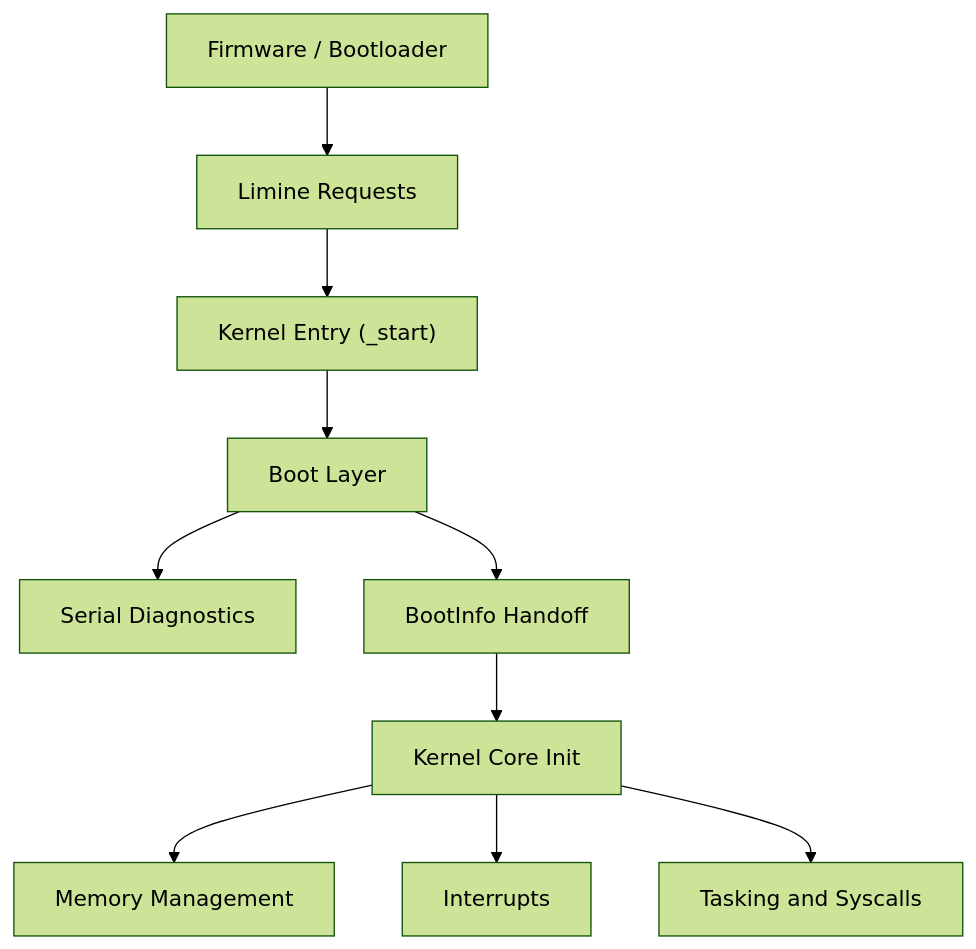
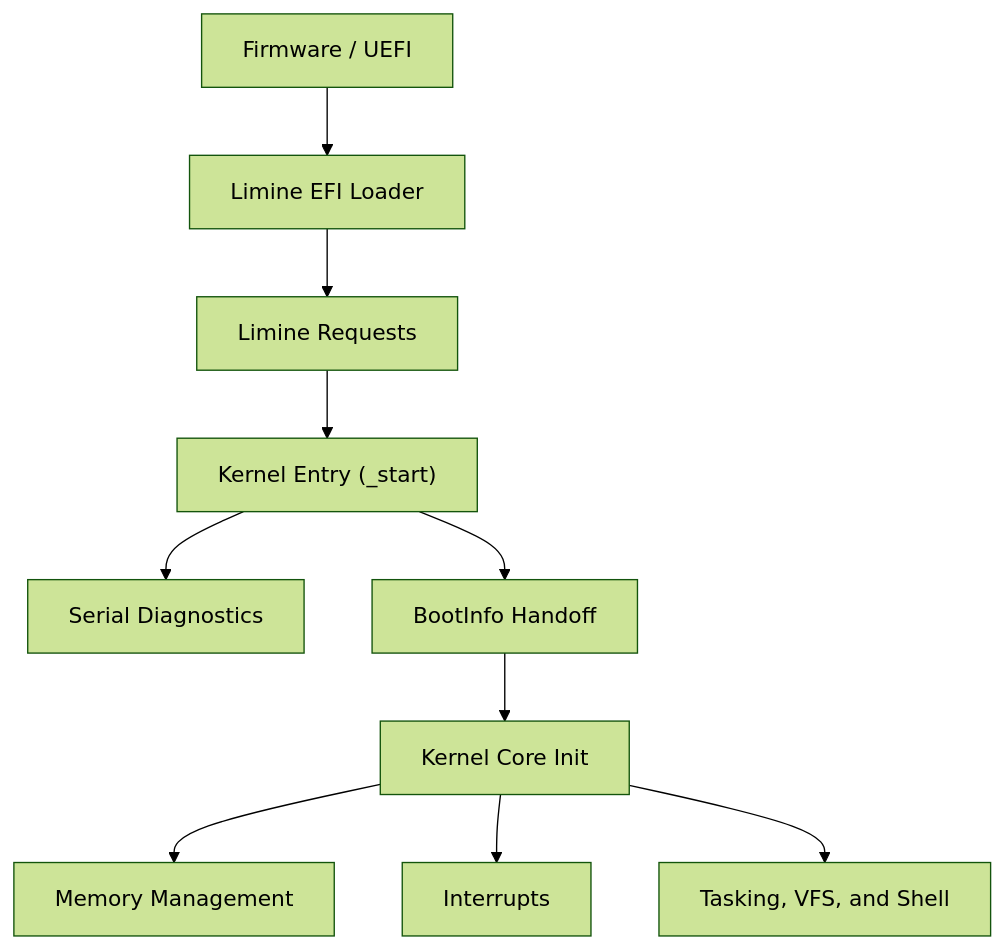
The diagram in README.md (JoaoVictorAAbreu-Dev/Projeto_AetherOS), drawn with Mermaid (forest theme) before and after one commit. The commit also changed other lines of this file and 28 other files, not shown here.

````diff
--- a/README.md
+++ b/README.md
@@ -73,12 +74,12 @@
 ```mermaid
 flowchart TD
-    A["Firmware / Bootloader"] --> B["Limine Requests"]
-    B --> C["Kernel Entry (_start)"]
-    C --> D["Boot Layer"]
+    A["Firmware / UEFI"] --> B["Limine EFI Loader"]
+    B --> C["Limine Requests"]
+    C --> D["Kernel Entry (_start)"]
     D --> E["Serial Diagnostics"]
     D --> F["BootInfo Handoff"]
     F --> G["Kernel Core Init"]
     G --> H["Memory Management"]
     G --> I["Interrupts"]
-    G --> J["Tasking and Syscalls"]
+    G --> J["Tasking, VFS, and Shell"]
 ```
````
